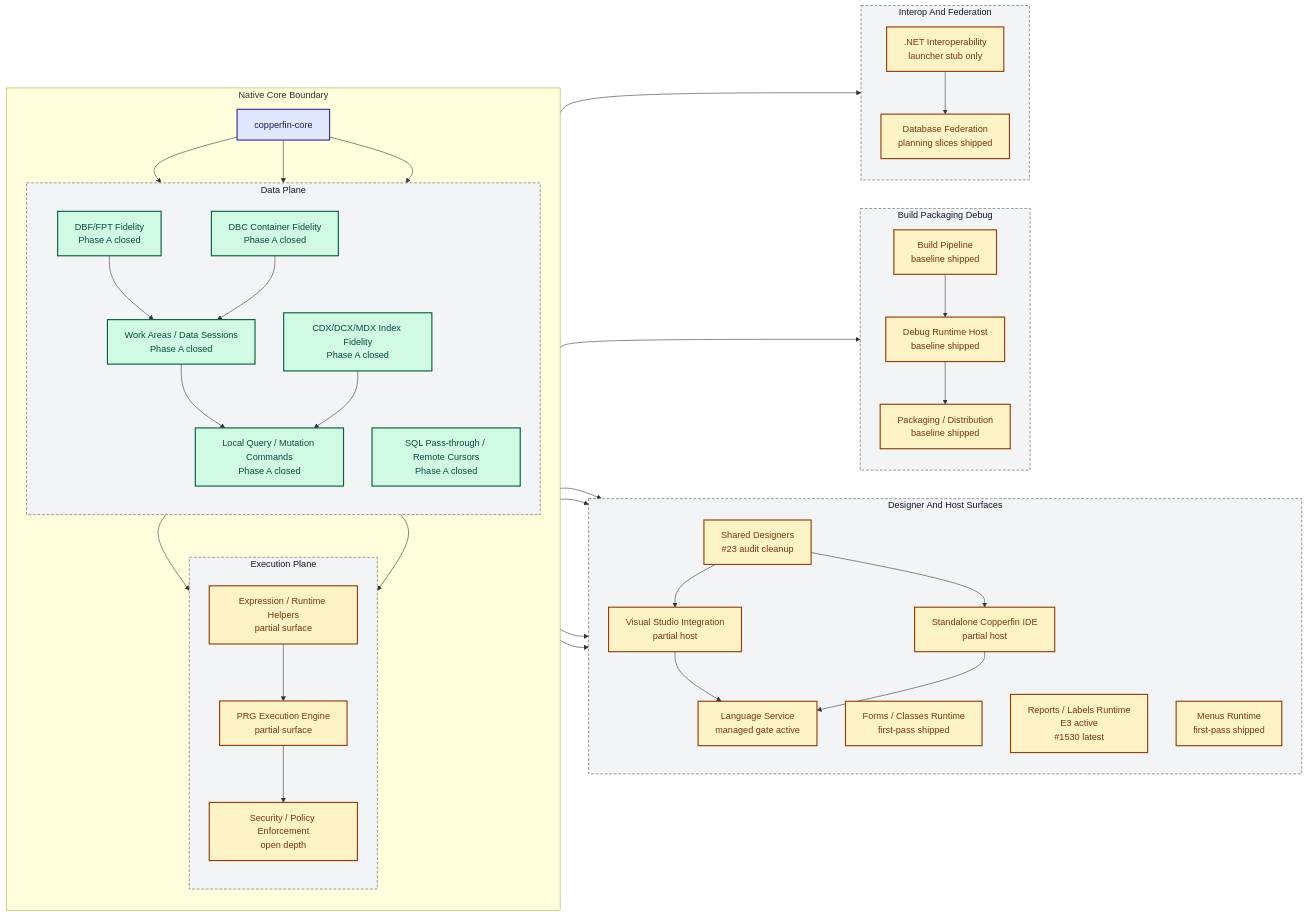
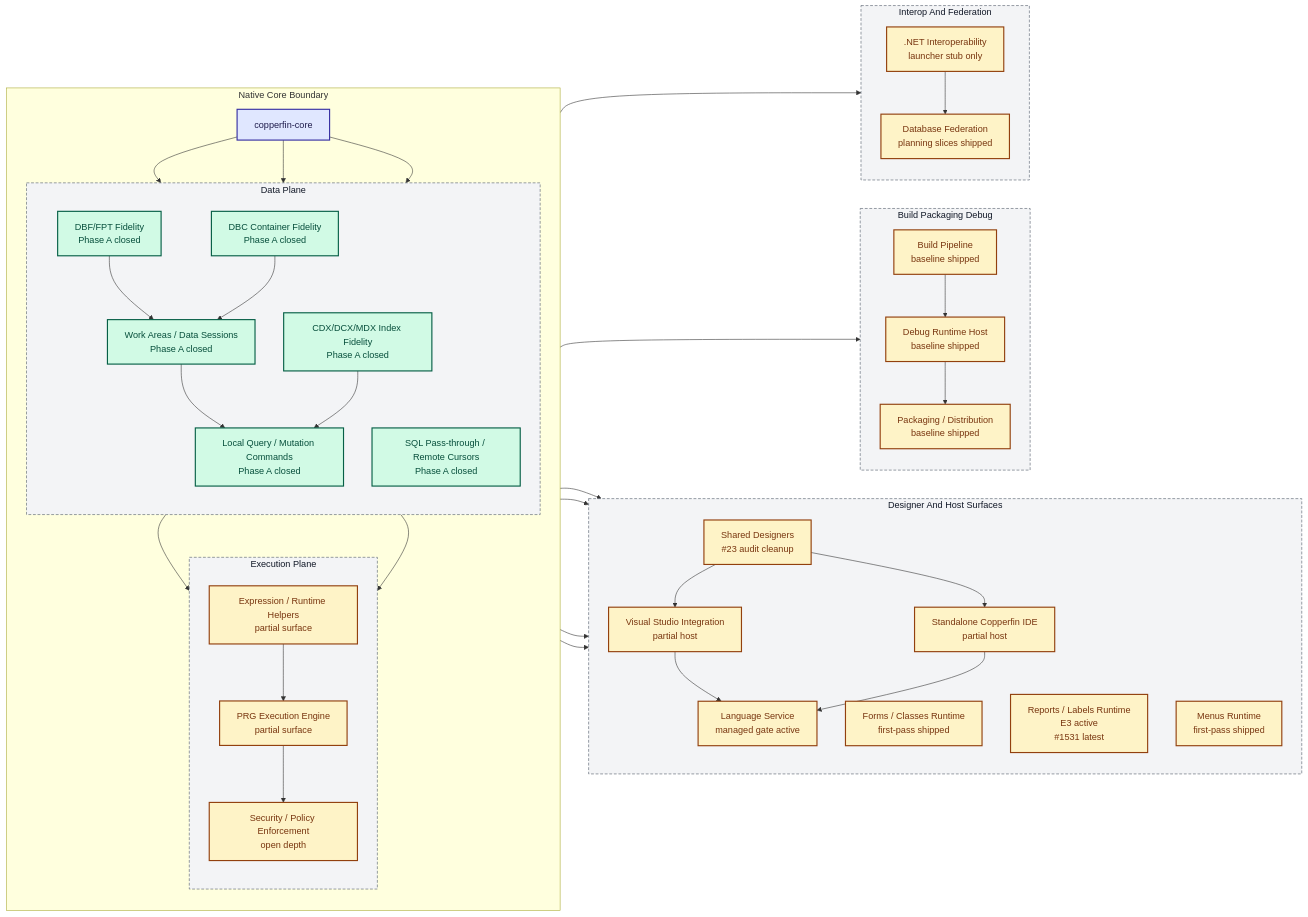
Before and after one commit to rhamenator/Project-Copperfin: the diagram in docs/02-architecture.md, drawn with Mermaid. The commit also changed 7 other files, not shown here.

```diff
--- a/docs/02-architecture.md
+++ b/docs/02-architecture.md
@@ -36,7 +36,7 @@
         direction TB
         DES["Shared Designers<br/>#23 audit cleanup"]
         FORMS["Forms / Classes Runtime<br/>first-pass shipped"]
-        RPT["Reports / Labels Runtime<br/>E3 active<br/>#1530 latest"]
+        RPT["Reports / Labels Runtime<br/>E3 active<br/>#1531 latest"]
         MENU["Menus Runtime<br/>first-pass shipped"]
         VS["Visual Studio Integration<br/>partial host"]
         IDE["Standalone Copperfin IDE<br/>partial host"]
```
